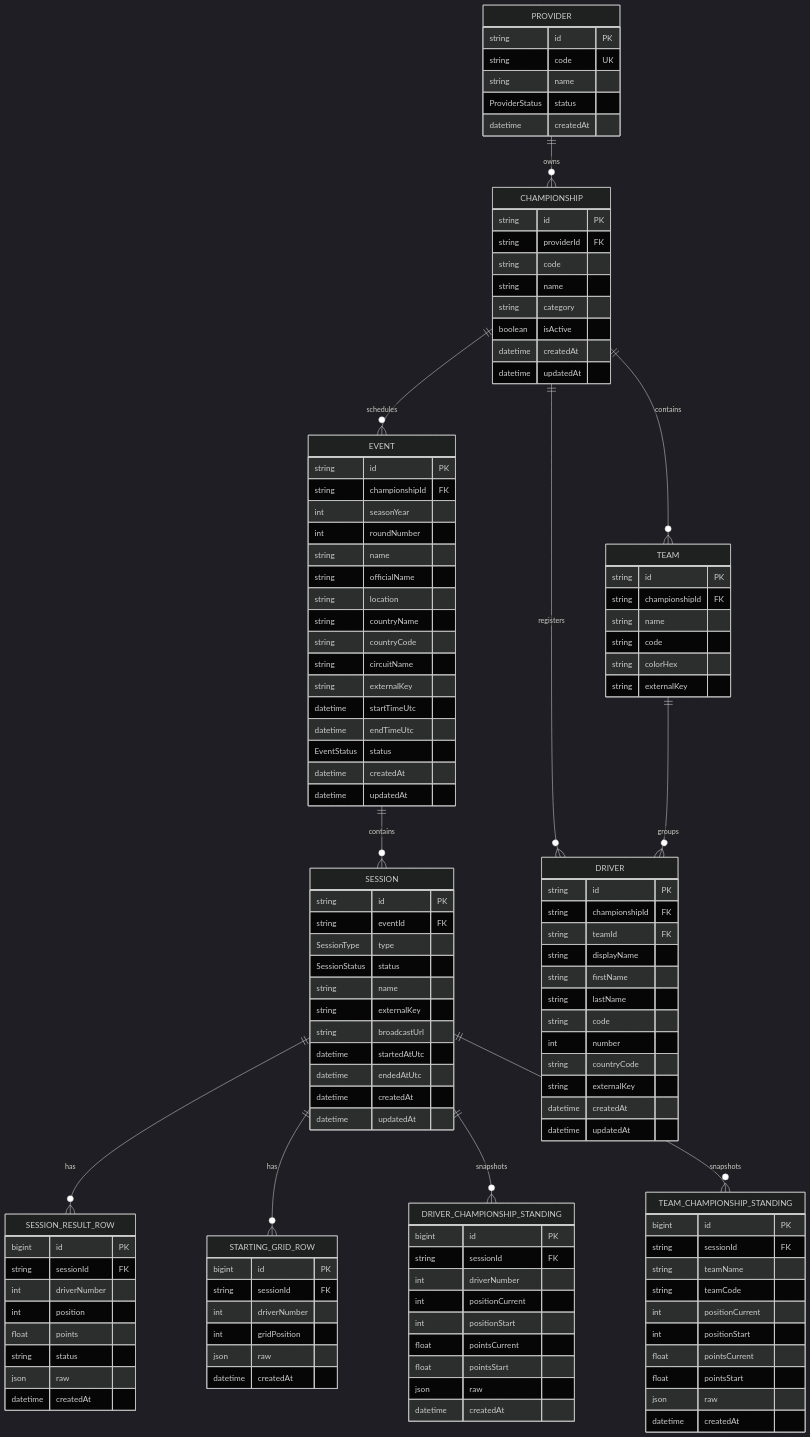
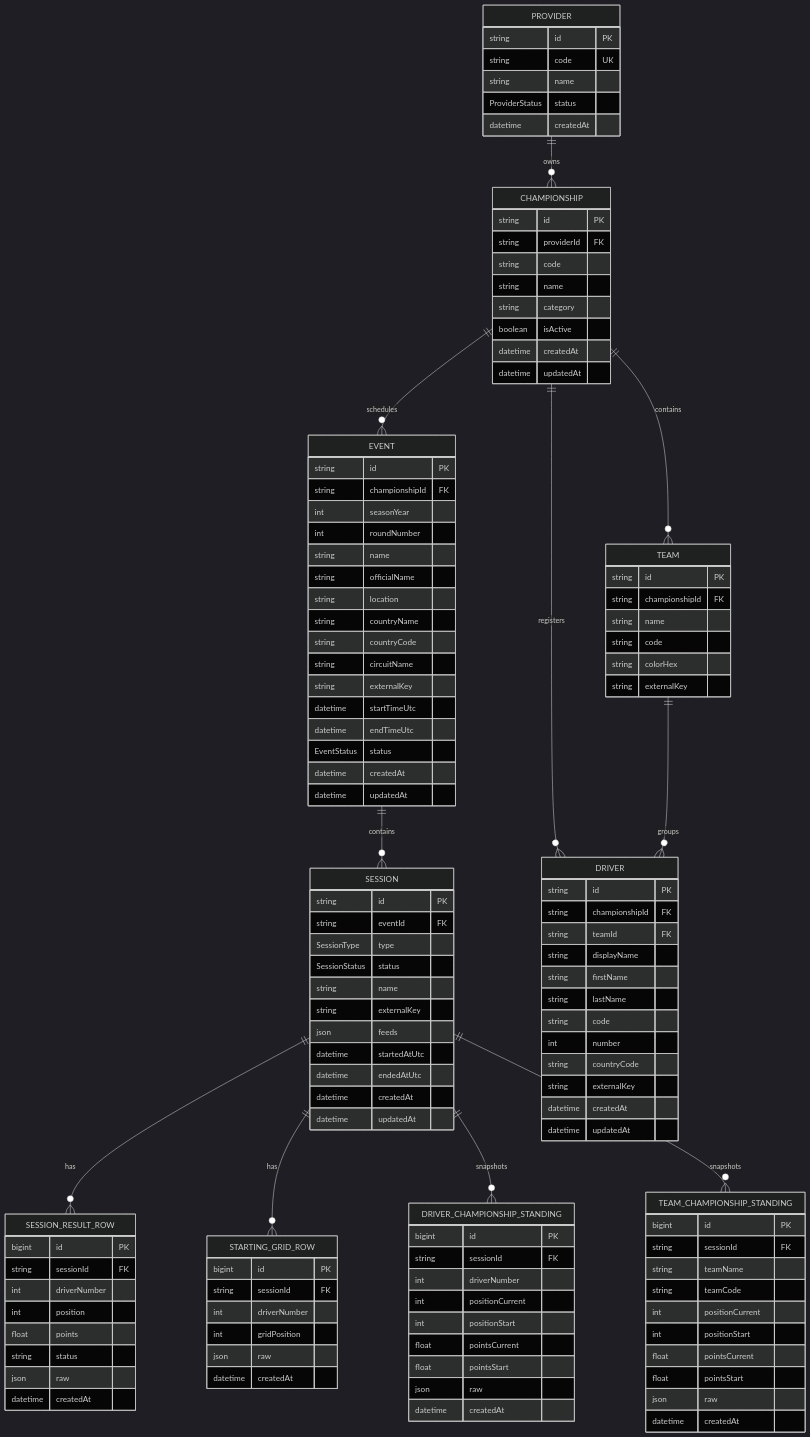
Before and after one commit to OverDrive-Motorsports/OD_Backend: the diagram in services/championship-service/doc/db/database-diagram.mmd, drawn with Mermaid (dark theme). The commit also changed 65 other files, not shown here.

```diff
--- a/services/championship-service/doc/db/database-diagram.mmd
+++ b/services/championship-service/doc/db/database-diagram.mmd
@@ -1,132 +1,132 @@
 erDiagram
     PROVIDER {
         string id PK
         string code UK
         string name
         ProviderStatus status
         datetime createdAt
     }
 
     CHAMPIONSHIP {
         string id PK
         string providerId FK
         string code
         string name
         string category
         boolean isActive
         datetime createdAt
         datetime updatedAt
     }
 
     EVENT {
         string id PK
         string championshipId FK
         int seasonYear
         int roundNumber
         string name
         string officialName
         string location
         string countryName
         string countryCode
         string circuitName
         string externalKey
         datetime startTimeUtc
         datetime endTimeUtc
         EventStatus status
         datetime createdAt
         datetime updatedAt
     }
 
     SESSION {
         string id PK
         string eventId FK
         SessionType type
         SessionStatus status
         string name
         string externalKey
-        string broadcastUrl
+        json feeds
         datetime startedAtUtc
         datetime endedAtUtc
         datetime createdAt
         datetime updatedAt
     }
 
     TEAM {
         string id PK
         string championshipId FK
         string name
         string code
         string colorHex
         string externalKey
     }
 
     DRIVER {
         string id PK
         string championshipId FK
         string teamId FK
         string displayName
         string firstName
         string lastName
         string code
         int number
         string countryCode
         string externalKey
         datetime createdAt
         datetime updatedAt
     }
 
     SESSION_RESULT_ROW {
         bigint id PK
         string sessionId FK
         int driverNumber
         int position
         float points
         string status
         json raw
         datetime createdAt
     }
 
     STARTING_GRID_ROW {
         bigint id PK
         string sessionId FK
         int driverNumber
         int gridPosition
         json raw
         datetime createdAt
     }
 
     DRIVER_CHAMPIONSHIP_STANDING {
         bigint id PK
         string sessionId FK
         int driverNumber
         int positionCurrent
         int positionStart
         float pointsCurrent
         float pointsStart
         json raw
         datetime createdAt
     }
 
     TEAM_CHAMPIONSHIP_STANDING {
         bigint id PK
         string sessionId FK
         string teamName
         string teamCode
         int positionCurrent
         int positionStart
         float pointsCurrent
         float pointsStart
         json raw
         datetime createdAt
     }
 
     PROVIDER ||--o{ CHAMPIONSHIP : owns
     CHAMPIONSHIP ||--o{ EVENT : schedules
     CHAMPIONSHIP ||--o{ TEAM : contains
     CHAMPIONSHIP ||--o{ DRIVER : registers
     EVENT ||--o{ SESSION : contains
     TEAM ||--o{ DRIVER : groups
     SESSION ||--o{ SESSION_RESULT_ROW : has
     SESSION ||--o{ STARTING_GRID_ROW : has
     SESSION ||--o{ DRIVER_CHAMPIONSHIP_STANDING : snapshots
     SESSION ||--o{ TEAM_CHAMPIONSHIP_STANDING : snapshots
```
